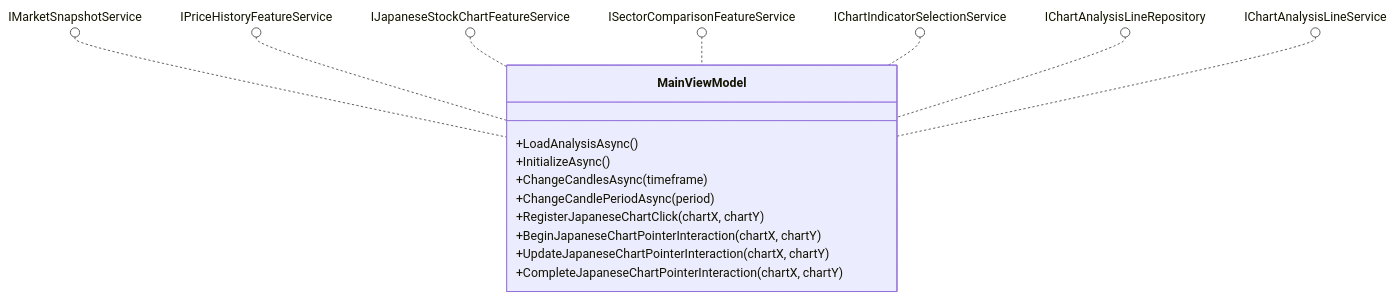
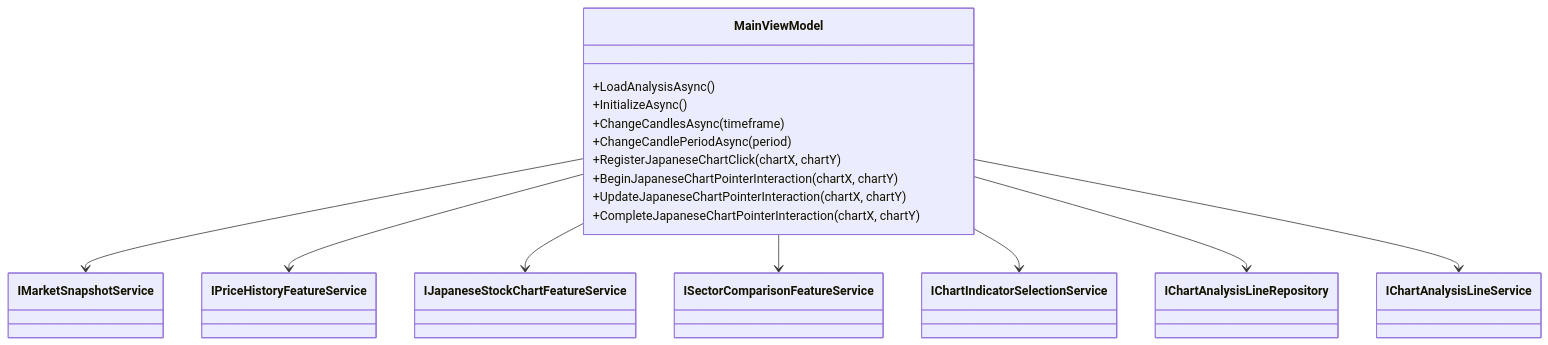
Before and after one commit to yankee2023/market_monitor: diagram 13 of 29 in docs/DESIGN.md, drawn with Mermaid. The commit also changed other lines of this file and 9 other files, not shown here.

````diff
--- a/docs/DESIGN.md
+++ b/docs/DESIGN.md
@@ -569,21 +769,21 @@
 ```mermaid
 classDiagram
     class MainViewModel {
         +LoadAnalysisAsync()
         +InitializeAsync()
         +ChangeCandlesAsync(timeframe)
         +ChangeCandlePeriodAsync(period)
         +RegisterJapaneseChartClick(chartX, chartY)
         +BeginJapaneseChartPointerInteraction(chartX, chartY)
         +UpdateJapaneseChartPointerInteraction(chartX, chartY)
         +CompleteJapaneseChartPointerInteraction(chartX, chartY)
     }
 
-    IMarketSnapshotService ().. MainViewModel
-    IPriceHistoryFeatureService ().. MainViewModel
-    IJapaneseStockChartFeatureService ().. MainViewModel
-    ISectorComparisonFeatureService ().. MainViewModel
-    IChartIndicatorSelectionService ().. MainViewModel
-    IChartAnalysisLineRepository ().. MainViewModel
-    IChartAnalysisLineService ().. MainViewModel
+    MainViewModel --> IMarketSnapshotService
+    MainViewModel --> IPriceHistoryFeatureService
+    MainViewModel --> IJapaneseStockChartFeatureService
+    MainViewModel --> ISectorComparisonFeatureService
+    MainViewModel --> IChartIndicatorSelectionService
+    MainViewModel --> IChartAnalysisLineRepository
+    MainViewModel --> IChartAnalysisLineService
 ```
````
